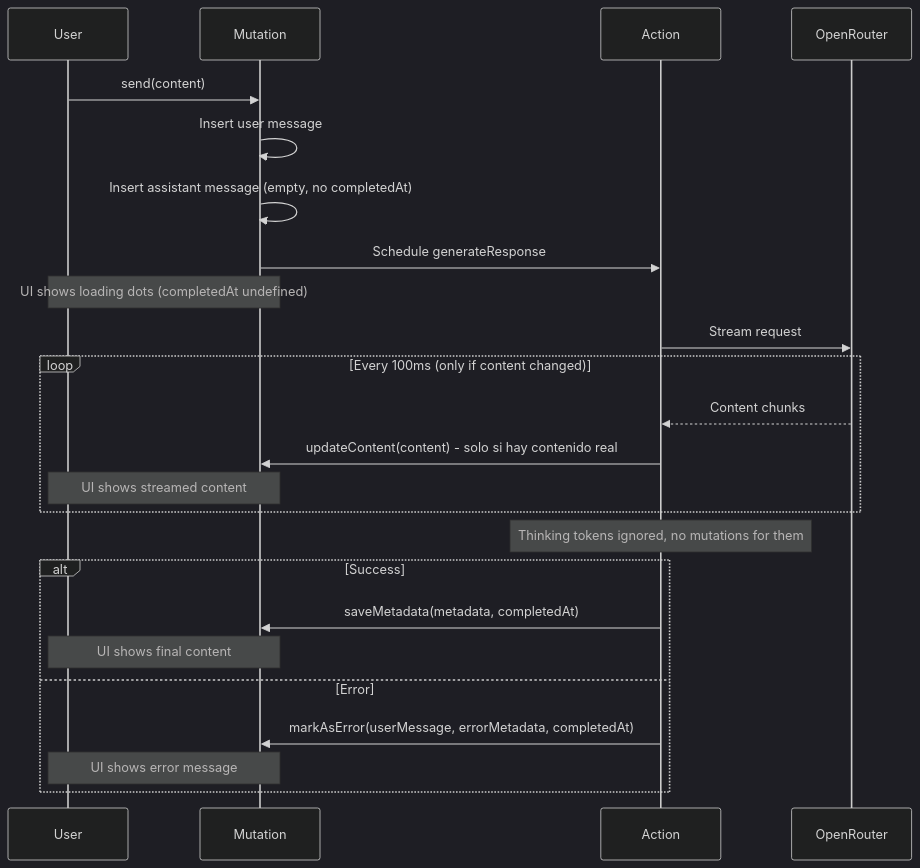
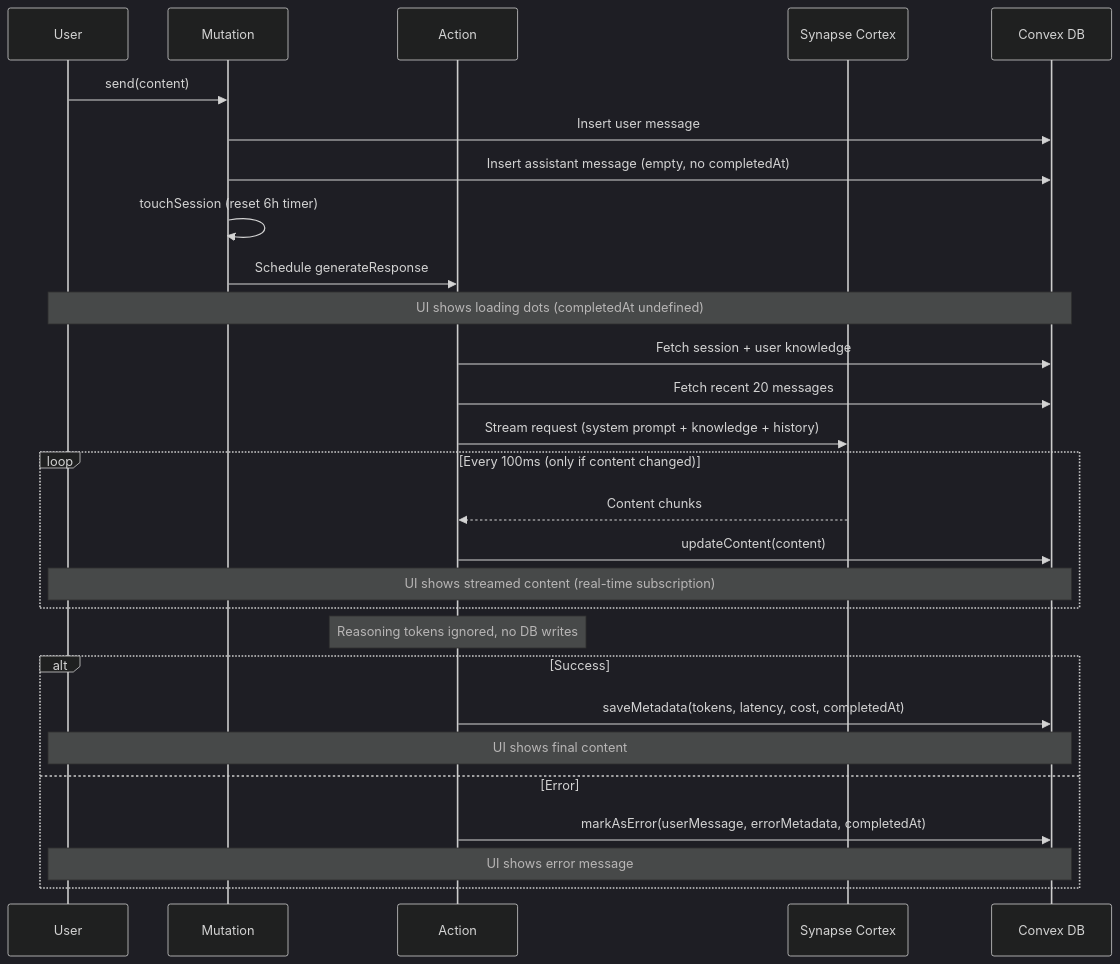
The first of 2 diagrams in README.md (juandastic/synapse-chat-ai), drawn with Mermaid (dark theme) before and after one commit. The commit also changed other lines of this file and 1 other file, not shown here.

Commit message:
Update README with new LLM and Knowledge Graph details, enhance features section, and improve application flow documentation. Modify MessageList component to include scroll-to-bottom functionality and user experience improvements.

````diff
--- a/README.md
+++ b/README.md
@@ -124,32 +265,36 @@
 ```mermaid
 sequenceDiagram
     participant U as User
     participant M as Mutation
     participant A as Action
-    participant API as OpenRouter
+    participant API as Synapse Cortex
+    participant DB as Convex DB
 
     U->>M: send(content)
-    M->>M: Insert user message
-    M->>M: Insert assistant message (empty, no completedAt)
+    M->>DB: Insert user message
+    M->>DB: Insert assistant message (empty, no completedAt)
+    M->>M: touchSession (reset 6h timer)
     M->>A: Schedule generateResponse
     
-    Note over U,M: UI shows loading dots (completedAt undefined)
+    Note over U,DB: UI shows loading dots (completedAt undefined)
     
-    A->>API: Stream request
+    A->>DB: Fetch session + user knowledge
+    A->>DB: Fetch recent 20 messages
+    A->>API: Stream request (system prompt + knowledge + history)
     
     loop Every 100ms (only if content changed)
         API-->>A: Content chunks
-        A->>M: updateContent(content) - solo si hay contenido real
-        Note over U,M: UI shows streamed content
+        A->>DB: updateContent(content)
+        Note over U,DB: UI shows streamed content (real-time subscription)
     end
     
-    Note over A: Thinking tokens ignored, no mutations for them
+    Note over A: Reasoning tokens ignored, no DB writes
     
     alt Success
-        A->>M: saveMetadata(metadata, completedAt)
-        Note over U,M: UI shows final content
+        A->>DB: saveMetadata(tokens, latency, cost, completedAt)
+        Note over U,DB: UI shows final content
     else Error
-        A->>M: markAsError(userMessage, errorMetadata, completedAt)
-        Note over U,M: UI shows error message
+        A->>DB: markAsError(userMessage, errorMetadata, completedAt)
+        Note over U,DB: UI shows error message
     end
 ```
````
